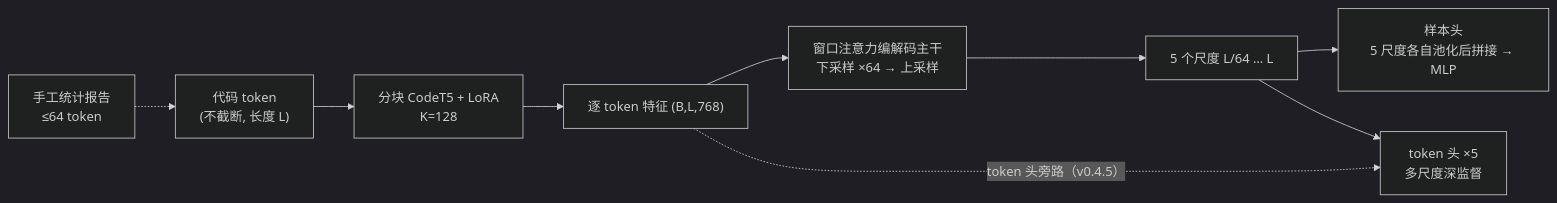
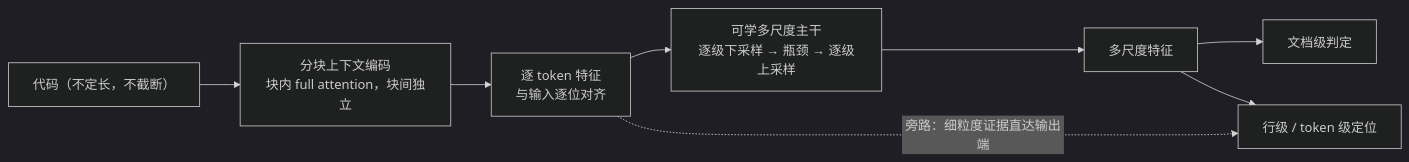
One commit to EndPB/u-det changed the diagram in docx/report.md. Above: the diagram before and after it, drawn with Mermaid (dark theme). The commit also changed other lines of this file, not shown here.

````diff
--- a/docx/report.md
+++ b/docx/report.md
@@ -25,11 +27,10 @@
 ```mermaid
 flowchart LR
-    A["代码 token<br/>(不截断, 长度 L)"] --> B["分块 CodeT5 + LoRA<br/>K=128"]
-    B --> C["逐 token 特征 (B,L,768)"]
-    C --> D["窗口注意力编解码主干<br/>下采样 ×64 → 上采样"]
-    D --> E["5 个尺度 L/64 … L"]
-    E --> F["样本头<br/>5 尺度各自池化后拼接 → MLP"]
-    E --> G["token 头 ×5<br/>多尺度深监督"]
-    C -. "token 头旁路（v0.4.5）" .-> G
-    H["手工统计报告<br/>≤64 token"] -.-> A
+    A["代码（不定长，不截断）"] --> B["分块上下文编码<br/>块内 full attention，块间独立"]
+    B --> C["逐 token 特征<br/>与输入逐位对齐"]
+    C --> D["可学多尺度主干<br/>逐级下采样 → 瓶颈 → 逐级上采样"]
+    D --> E["多尺度特征"]
+    E --> F["文档级判定"]
+    E --> G["行级 / token 级定位"]
+    C -. "旁路：细粒度证据直达输出端" .-> G
 ```
````
